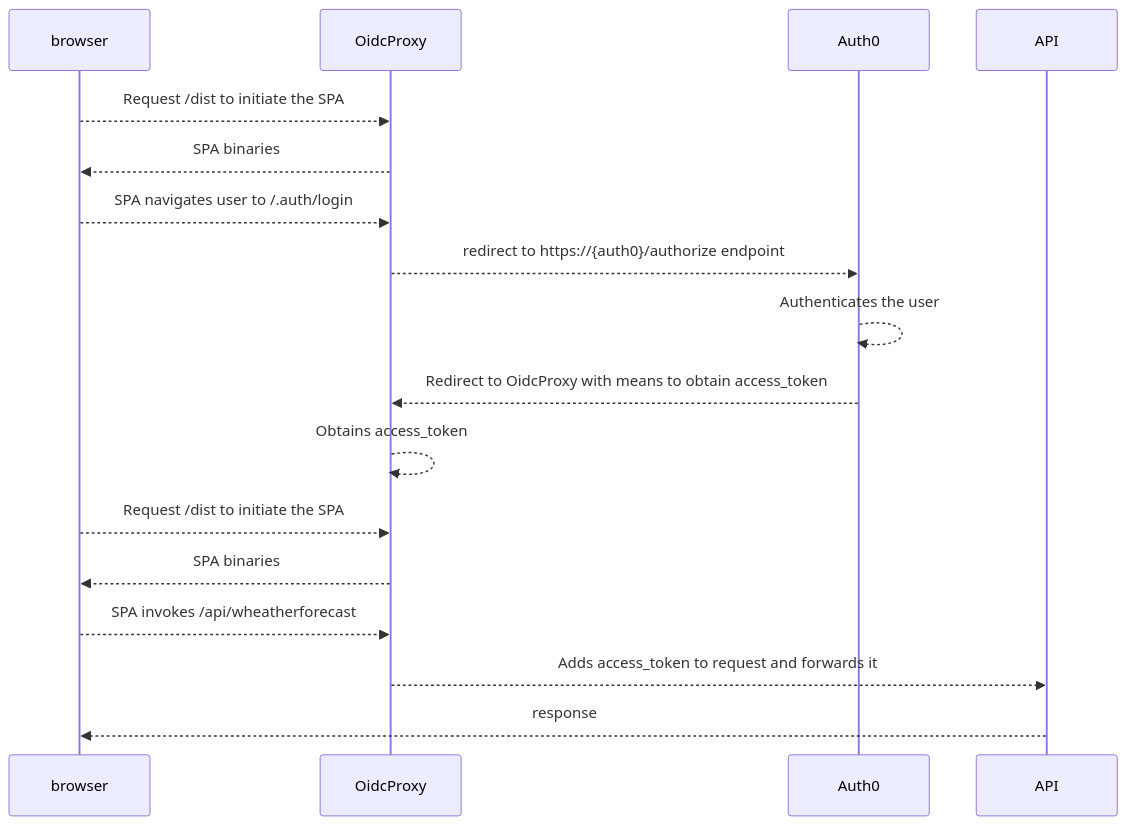
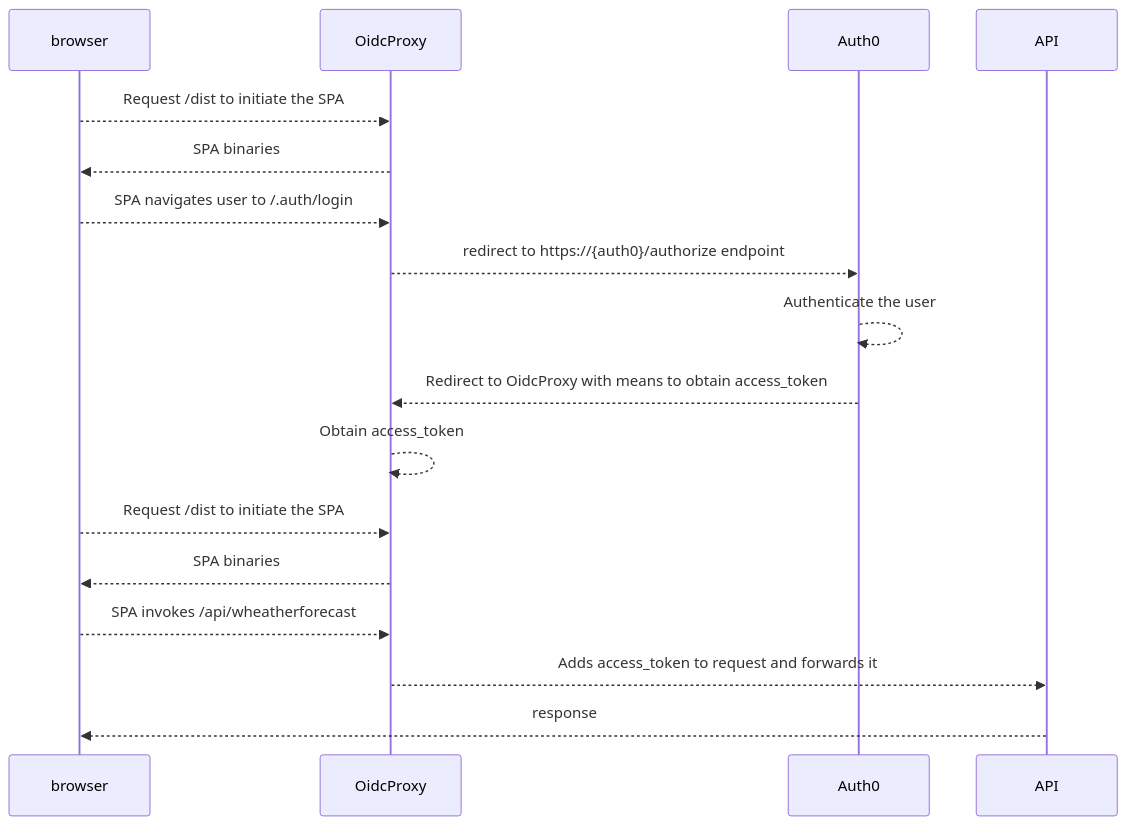
One commit to oidcproxydotnet/OidcProxy.Net changed the diagram in docs/demos/spa-bffs/auth0/src/readme.md. Above: the diagram before and after it, drawn with Mermaid. The commit also changed other lines of this file and 3 other files, not shown here.

````diff
--- a/docs/demos/spa-bffs/auth0/src/readme.md
+++ b/docs/demos/spa-bffs/auth0/src/readme.md
@@ -16,17 +16,17 @@
 ```mermaid
 sequenceDiagram
 
     browser -->> OidcProxy: Request /dist to initiate the SPA
     OidcProxy -->> browser: SPA binaries
     browser -->> OidcProxy: SPA navigates user to /.auth/login
     OidcProxy -->> Auth0: redirect to https://{auth0}/authorize endpoint
-    Auth0 -->> Auth0: Authenticates the user
+    Auth0 -->> Auth0: Authenticate the user
     Auth0 -->> OidcProxy: Redirect to OidcProxy with means to obtain access_token
-    OidcProxy -->> OidcProxy: Obtains access_token
+    OidcProxy -->> OidcProxy: Obtain access_token
     browser -->> OidcProxy: Request /dist to initiate the SPA
     OidcProxy -->> browser: SPA binaries
     browser -->> OidcProxy: SPA invokes /api/wheatherforecast
 
     OidcProxy -->> API: Adds access_token to request and forwards it
     API -->> browser: response
 ```
````
